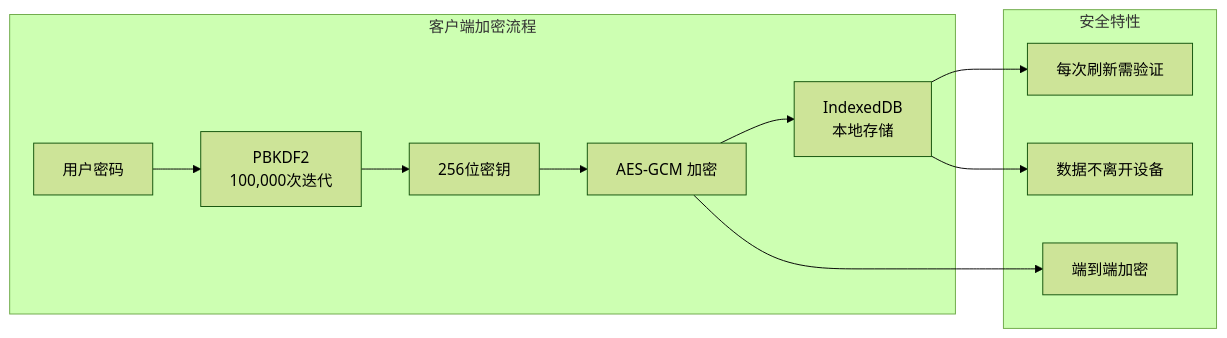
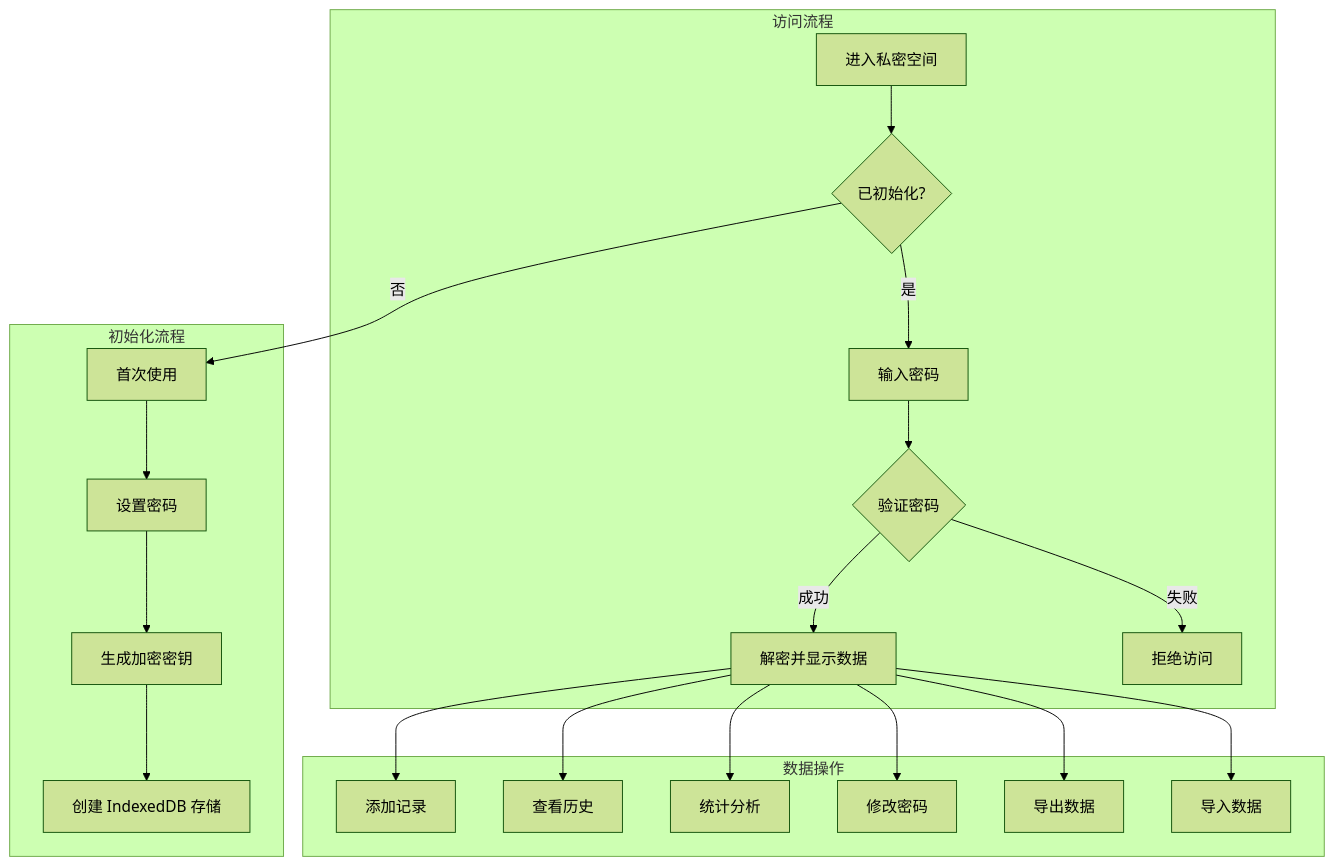
The fourth of 9 diagrams in README.md (Echo253/Graduate-self-management-records), drawn with Mermaid (forest theme) before and after one commit. The commit also changed other lines of this file, not shown here.

Commit message:
docs: 完善 README 文档，添加详细功能说明和图表

````diff
--- a/README.md
+++ b/README.md
@@ -32,19 +132,26 @@
 ```mermaid
-flowchart LR
-    subgraph "客户端加密流程"
-        A[用户密码] --> B[PBKDF2<br/>100,000次迭代]
-        B --> C[256位密钥]
-        C --> D[AES-GCM 加密]
-        D --> E[IndexedDB<br/>本地存储]
+flowchart TB
+    subgraph "初始化流程"
+        A[首次使用] --> B[设置密码]
+        B --> C[生成加密密钥]
+        C --> D[创建 IndexedDB 存储]
     end
 
-    subgraph "安全特性"
-        F[每次刷新需验证]
-        G[端到端加密]
-        H[数据不离开设备]
+    subgraph "访问流程"
+        E[进入私密空间] --> F{已初始化?}
+        F -->|否| A
+        F -->|是| G[输入密码]
+        G --> H{验证密码}
+        H -->|成功| I[解密并显示数据]
+        H -->|失败| J[拒绝访问]
     end
 
-    E --> F
-    D --> G
-    E --> H
+    subgraph "数据操作"
+        I --> K[添加记录]
+        I --> L[查看历史]
+        I --> M[统计分析]
+        I --> N[修改密码]
+        I --> O[导出数据]
+        I --> P[导入数据]
+    end
 ```
````
